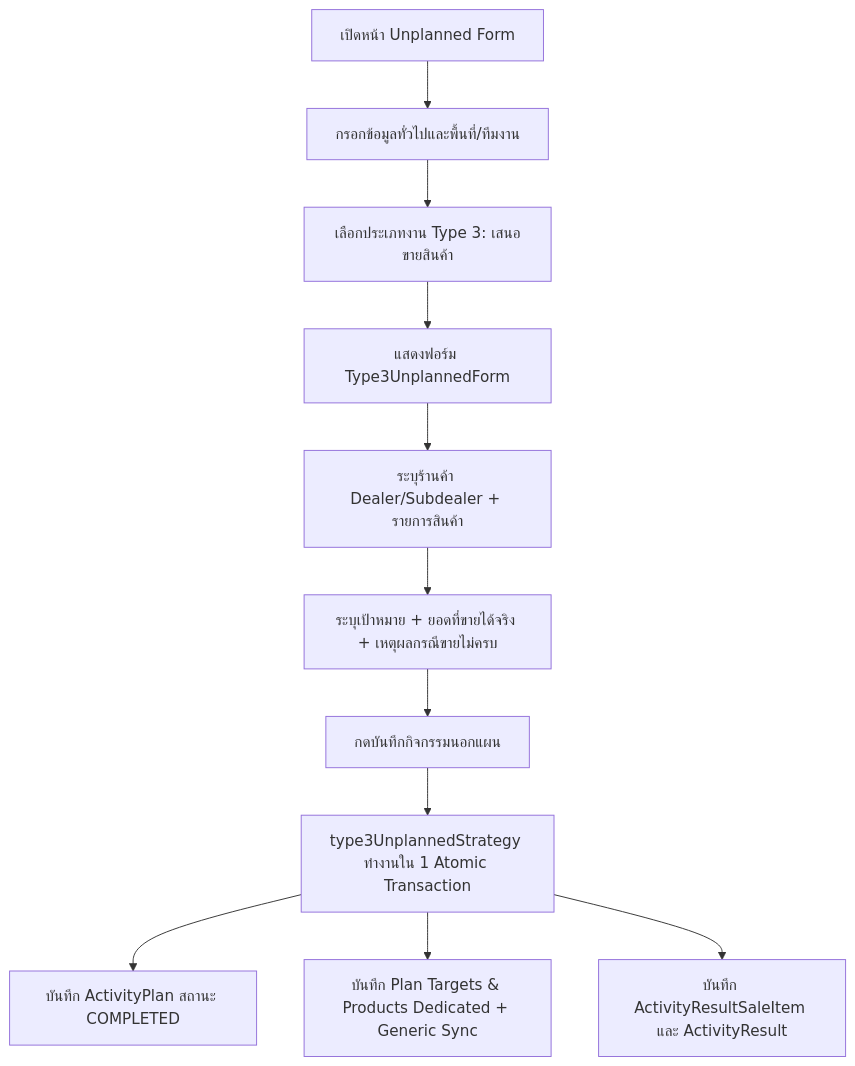
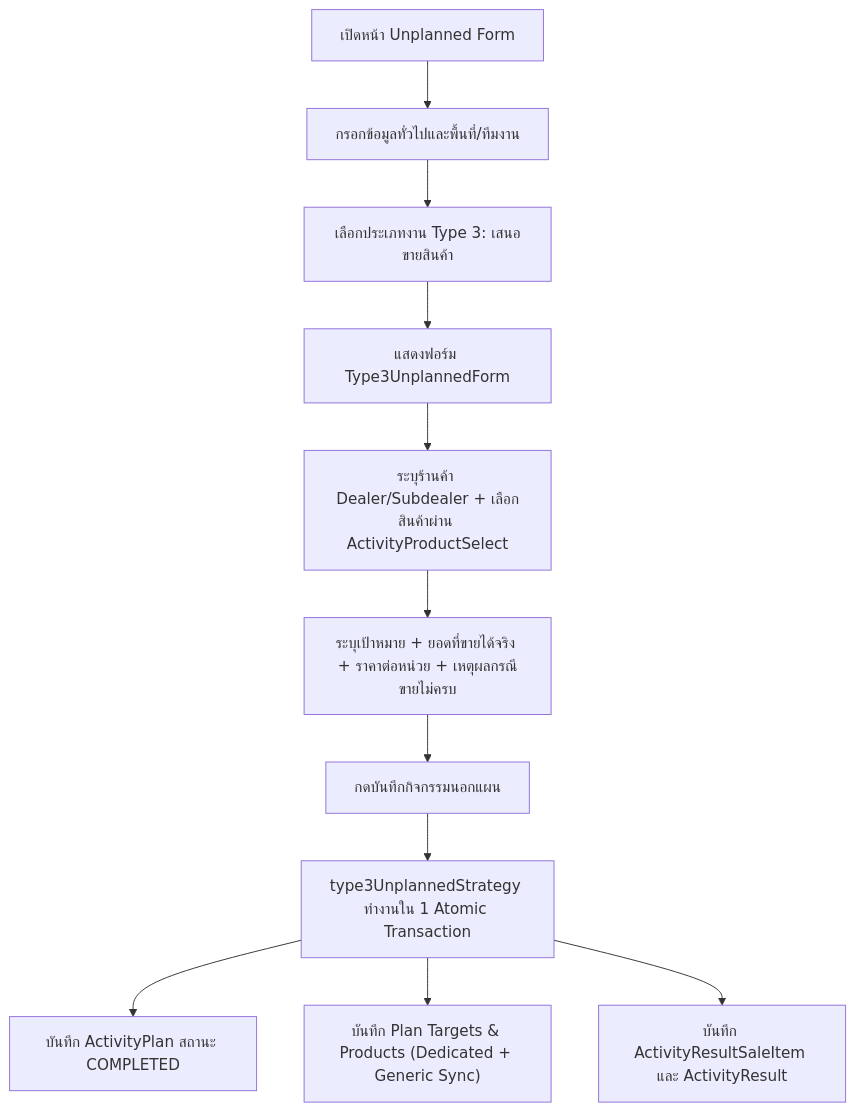
Before and after one commit to bankhk10/crm-bank: the third of 3 diagrams in modules/activity/features/type-3/README.md, drawn with Mermaid. The commit also changed other lines of this file and 5 other files, not shown here.

````diff
--- a/modules/activity/features/type-3/README.md
+++ b/modules/activity/features/type-3/README.md
@@ -81,13 +81,13 @@
 ```mermaid
 graph TD
-    A[เปิดหน้า Unplanned Form] --> B[กรอกข้อมูลทั่วไปและพื้นที่/ทีมงาน]
-    B --> C[เลือกประเภทงาน Type 3: เสนอขายสินค้า]
-    C --> D[แสดงฟอร์ม Type3UnplannedForm]
-    D --> E[ระบุร้านค้า Dealer/Subdealer + รายการสินค้า]
-    E --> F[ระบุเป้าหมาย + ยอดที่ขายได้จริง + เหตุผลกรณีขายไม่ครบ]
-    F --> G[กดบันทึกกิจกรรมนอกแผน]
-    G --> H[type3UnplannedStrategy ทำงานใน 1 Atomic Transaction]
-    H --> I[บันทึก ActivityPlan สถานะ COMPLETED]
-    H --> J[บันทึก Plan Targets & Products Dedicated + Generic Sync]
-    H --> K[บันทึก ActivityResultSaleItem และ ActivityResult]
+    A["เปิดหน้า Unplanned Form"] --> B["กรอกข้อมูลทั่วไปและพื้นที่/ทีมงาน"]
+    B --> C["เลือกประเภทงาน Type 3: เสนอขายสินค้า"]
+    C --> D["แสดงฟอร์ม Type3UnplannedForm"]
+    D --> E["ระบุร้านค้า Dealer/Subdealer + เลือกสินค้าผ่าน ActivityProductSelect"]
+    E --> F["ระบุเป้าหมาย + ยอดที่ขายได้จริง + ราคาต่อหน่วย + เหตุผลกรณีขายไม่ครบ"]
+    F --> G["กดบันทึกกิจกรรมนอกแผน"]
+    G --> H["type3UnplannedStrategy ทำงานใน 1 Atomic Transaction"]
+    H --> I["บันทึก ActivityPlan สถานะ COMPLETED"]
+    H --> J["บันทึก Plan Targets & Products (Dedicated + Generic Sync)"]
+    H --> K["บันทึก ActivityResultSaleItem และ ActivityResult"]
 ```
````
